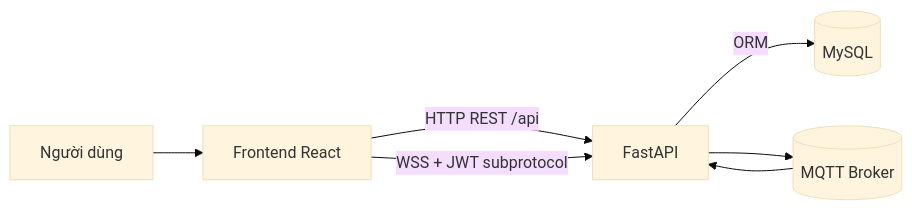
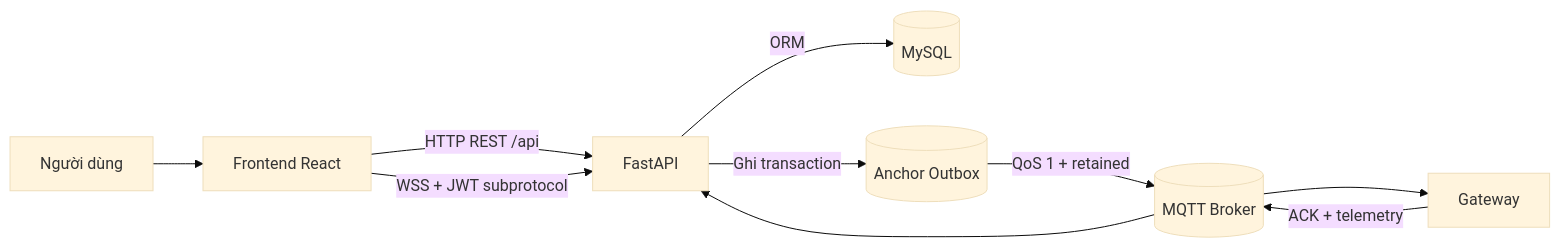
Before and after one commit to khanhpn308/lamitek_demo_docs: the first of 2 diagrams in architecture/system-architecture.md, drawn with Mermaid (base theme). The commit also changed other lines of this file and 20 other files, not shown here.

````diff
--- a/architecture/system-architecture.md
+++ b/architecture/system-architecture.md
@@ -16,9 +16,12 @@
 ```mermaid
 flowchart LR
   NguoiDung[Người dùng] --> TrinhDuyet[Frontend React]
   TrinhDuyet -->|HTTP REST /api| Backend[FastAPI]
   TrinhDuyet -->|WSS + JWT subprotocol| Backend
   Backend -->|ORM| MySQL[(MySQL)]
-  Backend --> MQTT[(MQTT Broker)]
+  Backend -->|Ghi transaction| Outbox[(Anchor Outbox)]
+  Outbox -->|QoS 1 + retained| MQTT[(MQTT Broker)]
   MQTT --> Backend
+  MQTT --> Gateway[Gateway]
+  Gateway -->|ACK + telemetry| MQTT
 ```
````
